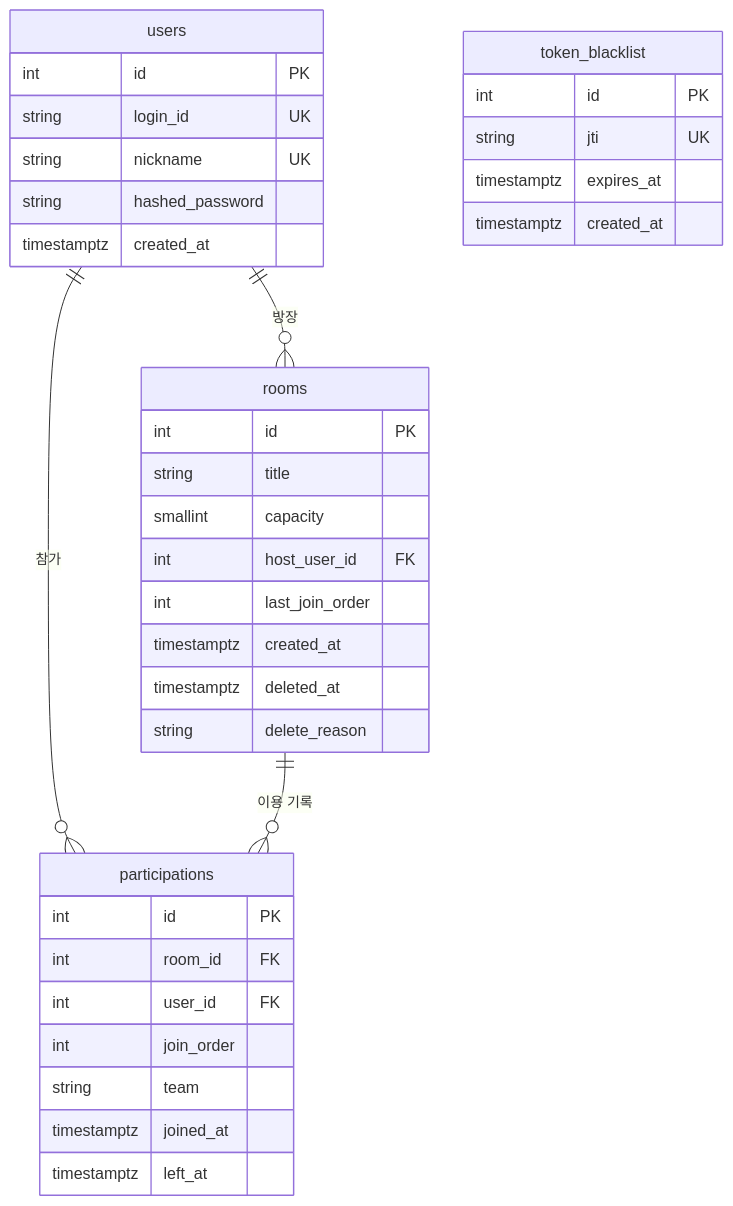
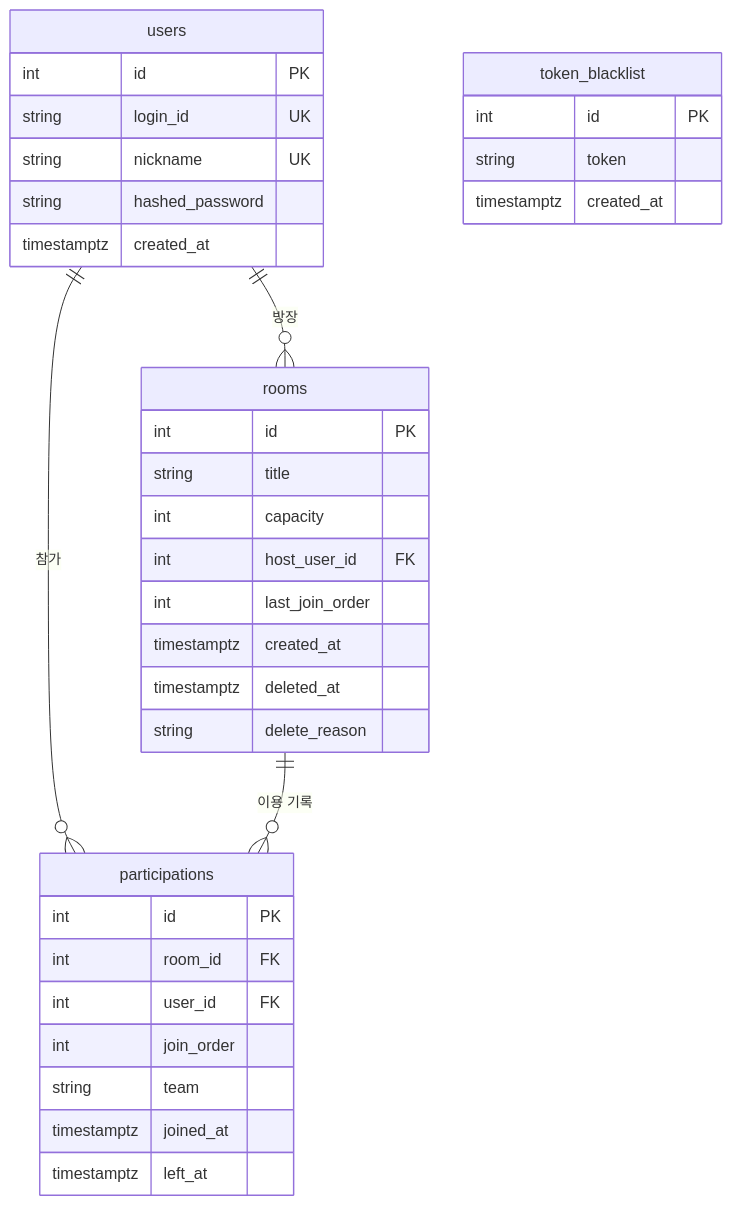
Before and after one commit to gyoo303/kant-backend-matchmaking: the diagram in docs/02-arch/03-db-schema.md, drawn with Mermaid. The commit also changed other lines of this file and 9 other files, not shown here.

````diff
--- a/docs/02-arch/03-db-schema.md
+++ b/docs/02-arch/03-db-schema.md
@@ -19,38 +20,37 @@
 ```mermaid
 erDiagram
     users ||--o{ participations : "참가"
     users ||--o{ rooms : "방장"
     rooms ||--o{ participations : "이용 기록"
     users {
         int id PK
         string login_id UK
         string nickname UK
         string hashed_password
         timestamptz created_at
     }
     token_blacklist {
         int id PK
-        string jti UK
-        timestamptz expires_at
+        string token
         timestamptz created_at
     }
     rooms {
         int id PK
         string title
-        smallint capacity
+        int capacity
         int host_user_id FK
         int last_join_order
         timestamptz created_at
         timestamptz deleted_at
         string delete_reason
     }
     participations {
         int id PK
         int room_id FK
         int user_id FK
         int join_order
         string team
         timestamptz joined_at
         timestamptz left_at
     }
 ```
````
